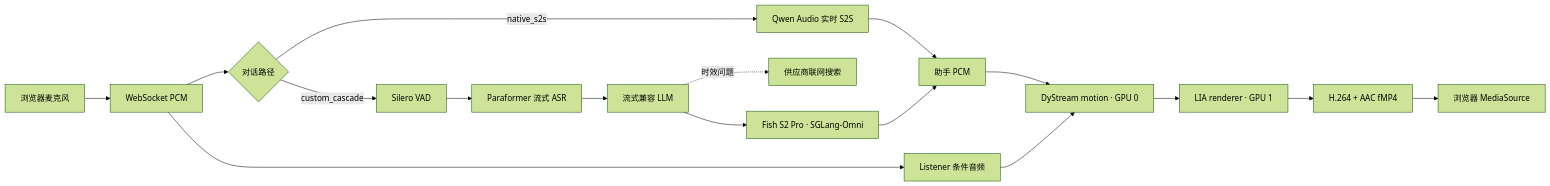
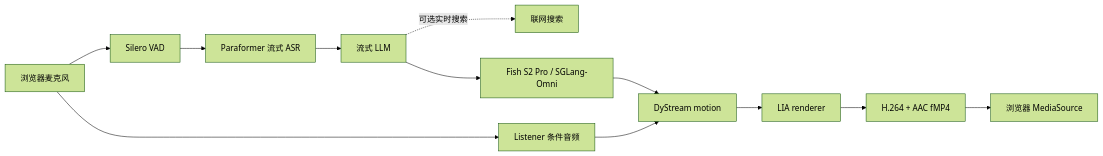
One commit to XinchengSun/OpenVA-Dialogue changed the diagram in README_zh-CN.md. Above: the diagram before and after it, drawn with Mermaid (forest theme). The commit also changed other lines of this file and 7 other files, not shown here.

````diff
--- a/README_zh-CN.md
+++ b/README_zh-CN.md
@@ -31,21 +76,14 @@
 ```mermaid
 flowchart LR
-    MIC["浏览器麦克风"] --> WS["WebSocket PCM"]
-    WS --> ROUTE{"对话路径"}
-
-    ROUTE -->|native_s2s| S2S["Qwen Audio 实时 S2S"]
-    ROUTE -->|custom_cascade| VAD["Silero VAD"]
+    MIC["浏览器麦克风"] --> VAD["Silero VAD"]
     VAD --> ASR["Paraformer 流式 ASR"]
-    ASR --> LLM["流式兼容 LLM"]
-    LLM -. 时效问题 .-> SEARCH["供应商联网搜索"]
-    LLM --> TTS["Fish S2 Pro · SGLang-Omni"]
-
-    S2S --> PCM["助手 PCM"]
-    TTS --> PCM
-    PCM --> MOTION["DyStream motion · GPU 0"]
-    WS --> LISTENER["Listener 条件音频"]
+    ASR --> LLM["流式 LLM"]
+    LLM -. 可选实时搜索 .-> SEARCH["联网搜索"]
+    LLM --> TTS["Fish S2 Pro / SGLang-Omni"]
+    TTS --> MOTION["DyStream motion"]
+    MIC --> LISTENER["Listener 条件音频"]
     LISTENER --> MOTION
-    MOTION --> RENDER["LIA renderer · GPU 1"]
-    RENDER --> MUX["H.264 + AAC fMP4"]
-    MUX --> MSE["浏览器 MediaSource"]
+    MOTION --> RENDER["LIA renderer"]
+    RENDER --> MEDIA["H.264 + AAC fMP4"]
+    MEDIA --> BROWSER["浏览器 MediaSource"]
 ```
````
